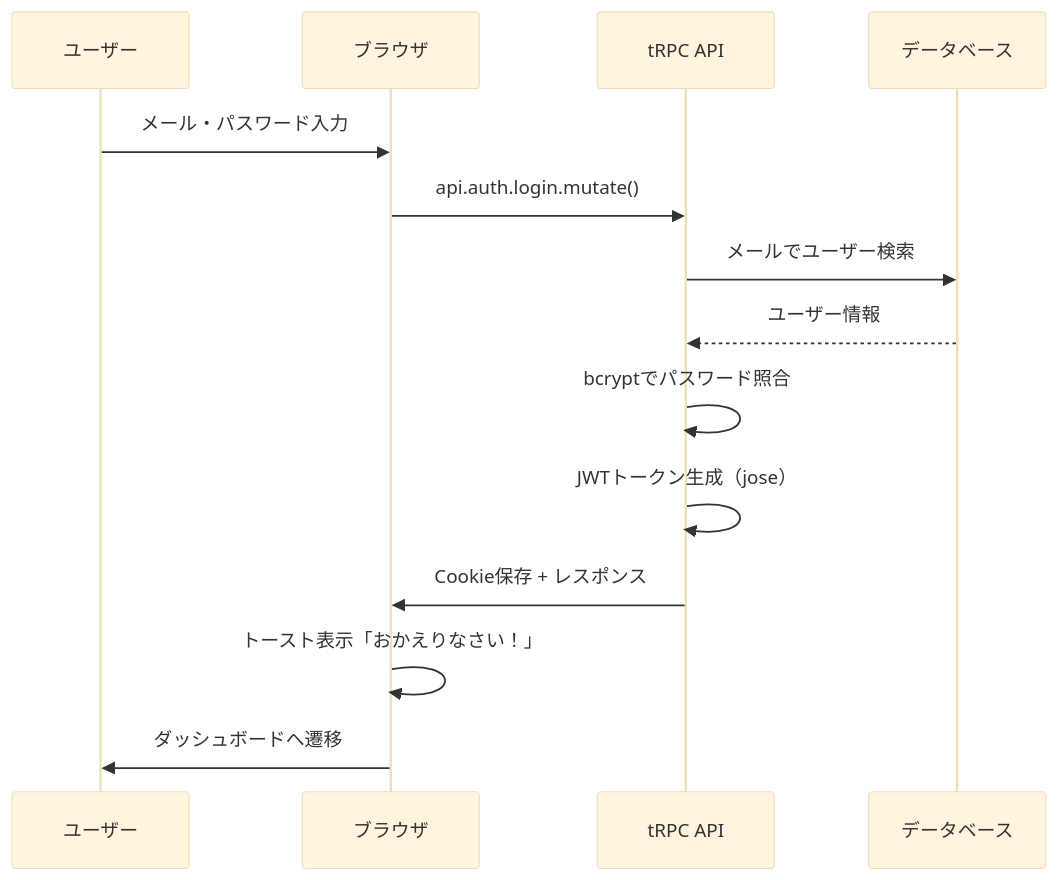
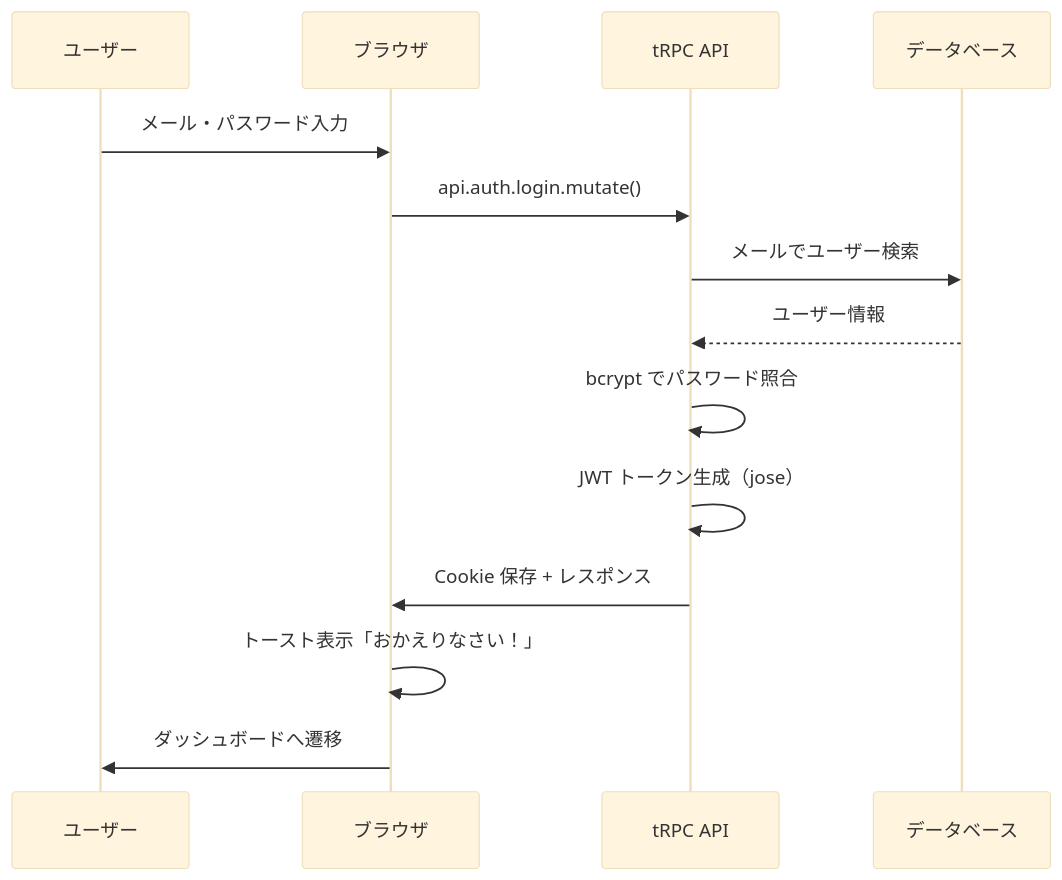
The first of 3 diagrams in material/30days-curriculum/day07_ログイン体験を改善しよう.md (kouiso/task-app), drawn with Mermaid (base theme) before and after one commit. The commit also changed other lines of this file and 14 other files, not shown here.

````diff
--- a/material/30days-curriculum/day07_ログイン体験を改善しよう.md
+++ b/material/30days-curriculum/day07_ログイン体験を改善しよう.md
@@ -27,17 +39,17 @@
 ```mermaid
 sequenceDiagram
     participant U as ユーザー
     participant B as ブラウザ
     participant T as tRPC API
     participant D as データベース
 
     U->>B: メール・パスワード入力
     B->>T: api.auth.login.mutate()
     T->>D: メールでユーザー検索
     D-->>T: ユーザー情報
-    T->>T: bcryptでパスワード照合
-    T->>T: JWTトークン生成（jose）
-    T->>B: Cookie保存 + レスポンス
+    T->>T: bcrypt でパスワード照合
+    T->>T: JWT トークン生成（jose）
+    T->>B: Cookie 保存 + レスポンス
     B->>B: トースト表示「おかえりなさい！」
     B->>U: ダッシュボードへ遷移
 ```
````
